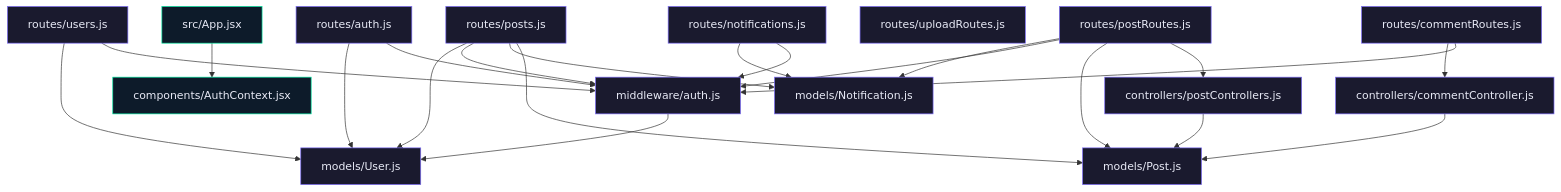
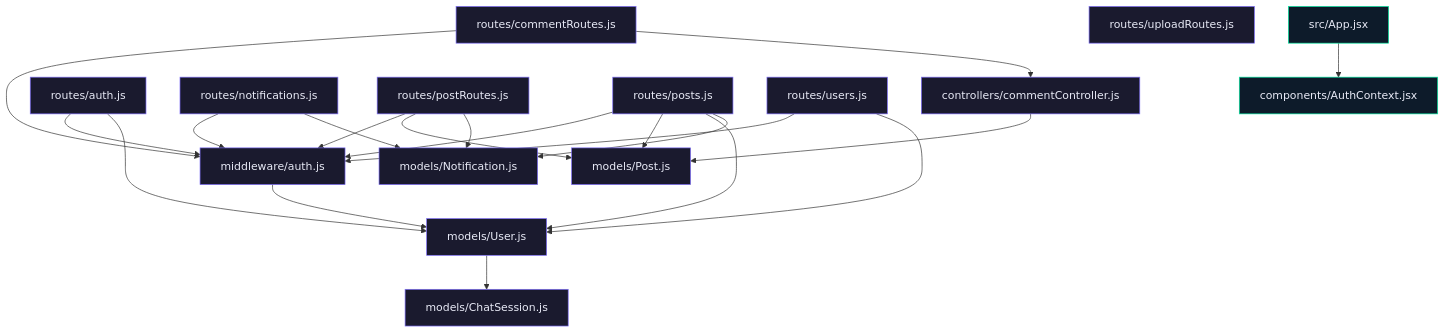
Before and after one commit to ArifRahaman/blog-website: the diagram in README.md, drawn with Mermaid. The commit also changed other lines of this file, not shown here.

Commit message:
Update README via DocuGenius

````diff
--- a/README.md
+++ b/README.md
@@ -142,58 +142,57 @@
 ```mermaid
 flowchart TD
     backend_controllers_commentController_js["controllers/commentController.js"]
-    backend_controllers_postControllers_js["controllers/postControllers.js"]
     backend_middleware_auth_js["middleware/auth.js"]
+    backend_models_ChatSession_js["models/ChatSession.js"]
     backend_models_Notification_js["models/Notification.js"]
     backend_models_Post_js["models/Post.js"]
     backend_models_User_js["models/User.js"]
     backend_routes_auth_js["routes/auth.js"]
     backend_routes_commentRoutes_js["routes/commentRoutes.js"]
     backend_routes_notifications_js["routes/notifications.js"]
     backend_routes_postRoutes_js["routes/postRoutes.js"]
     backend_routes_posts_js["routes/posts.js"]
     backend_routes_uploadRoutes_js["routes/uploadRoutes.js"]
     backend_routes_users_js["routes/users.js"]
     frontend_src_App_jsx["src/App.jsx"]
     frontend_src_components_AuthContext_jsx["components/AuthContext.jsx"]
 
+    backend_routes_commentRoutes_js --> backend_middleware_auth_js
+    backend_routes_commentRoutes_js --> backend_controllers_commentController_js
+    backend_models_User_js --> backend_models_ChatSession_js
+    backend_controllers_commentController_js --> backend_models_Post_js
     backend_middleware_auth_js --> backend_models_User_js
-    backend_controllers_postControllers_js --> backend_models_Post_js
-    backend_controllers_commentController_js --> backend_models_Post_js
     backend_routes_auth_js --> backend_middleware_auth_js
     backend_routes_auth_js --> backend_models_User_js
+    backend_routes_postRoutes_js --> backend_middleware_auth_js
+    backend_routes_postRoutes_js --> backend_models_Post_js
+    backend_routes_postRoutes_js --> backend_models_Notification_js
     backend_routes_notifications_js --> backend_middleware_auth_js
     backend_routes_notifications_js --> backend_models_Notification_js
+    backend_routes_posts_js --> backend_middleware_auth_js
     backend_routes_posts_js --> backend_models_Post_js
+    backend_routes_posts_js --> backend_models_User_js
     backend_routes_posts_js --> backend_models_Notification_js
-    backend_routes_posts_js --> backend_middleware_auth_js
-    backend_routes_posts_js --> backend_models_User_js
     backend_routes_users_js --> backend_middleware_auth_js
     backend_routes_users_js --> backend_models_User_js
-    backend_routes_commentRoutes_js --> backend_middleware_auth_js
-    backend_routes_commentRoutes_js --> backend_controllers_commentController_js
-    backend_routes_postRoutes_js --> backend_controllers_postControllers_js
-    backend_routes_postRoutes_js --> backend_models_Post_js
-    backend_routes_postRoutes_js --> backend_middleware_auth_js
-    backend_routes_postRoutes_js --> backend_models_Notification_js
     frontend_src_App_jsx --> frontend_src_components_AuthContext_jsx
 
     classDef backend fill:#1a1a2e,stroke:#7c6cf8,color:#e8eaf6
     classDef frontend fill:#0d1b2a,stroke:#00e8a2,color:#e8eaf6
     classDef config fill:#1a0a0a,stroke:#f5a623,color:#e8eaf6
     class backend_controllers_commentController_js backend
-    class backend_controllers_postControllers_js backend
     class backend_middleware_auth_js backend
+    class backend_models_ChatSession_js backend
     class backend_models_Notification_js backend
     class backend_models_Post_js backend
     class backend_models_User_js backend
     class backend_routes_auth_js backend
     class backend_routes_commentRoutes_js backend
     class backend_routes_notifications_js backend
     class backend_routes_postRoutes_js backend
     class backend_routes_posts_js backend
     class backend_routes_uploadRoutes_js backend
     class backend_routes_users_js backend
     class frontend_src_App_jsx frontend
     class frontend_src_components_AuthContext_jsx frontend
 ```
````
